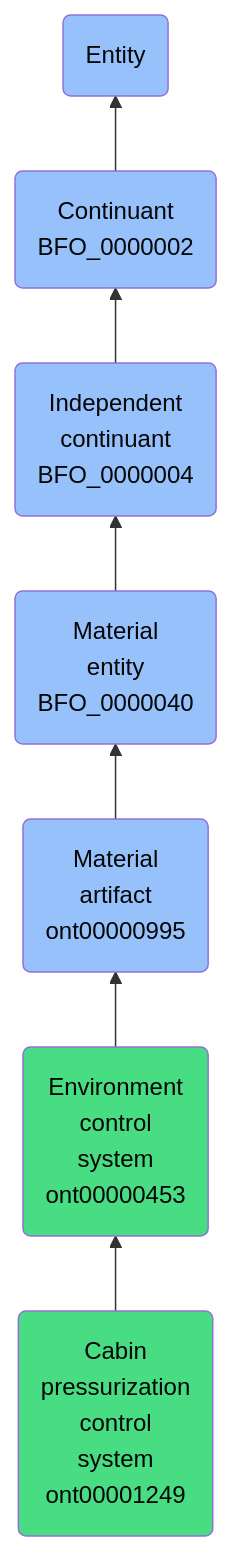
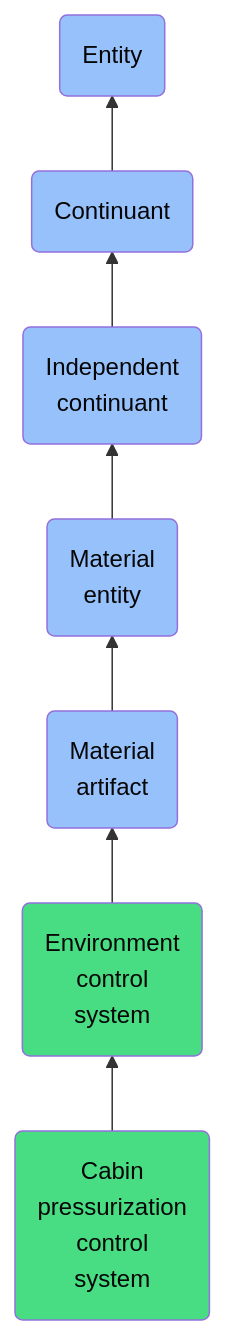
One commit to jupyter-naas/abi changed the diagram in docs/ontology/reference/model/Entity/Continuant/Independent continuant/Material entity/Material artifact/Environment control system/Cabin pressurization control system/Cabin pressurization control system.md. Above: the diagram before and after it, drawn with Mermaid. The commit also changed other lines of this file and 1430 other files, not shown here.

````diff
--- a/docs/ontology/reference/model/Entity/Continuant/Independent continuant/Material entity/Material artifact/Environment control system/Cabin pressurization control system/Cabin pressurization control system.md
+++ b/docs/ontology/reference/model/Entity/Continuant/Independent continuant/Material entity/Material artifact/Environment control system/Cabin pressurization control system/Cabin pressurization control system.md
@@ -24,14 +24,14 @@
 ```mermaid
 graph BT
-    ont00001249(Cabin<br>pressurization<br>control<br>system<br>ont00001249):::ABI-->ont00000453
-    ont00000453(Environment<br>control<br>system<br>ont00000453):::ABI-->ont00000995
-    ont00000995(Material<br>artifact<br>ont00000995):::BFO-->BFO_0000040
-    BFO_0000040(Material<br>entity<br>BFO_0000040):::BFO-->BFO_0000004
-    BFO_0000004(Independent<br>continuant<br>BFO_0000004):::BFO-->BFO_0000002
-    BFO_0000002(Continuant<br>BFO_0000002):::BFO-->BFO_0000001
+    ont00001249(Cabin<br>pressurization<br>control<br>system):::ABI-->ont00000453
+    ont00000453(Environment<br>control<br>system):::ABI-->ont00000995
+    ont00000995(Material<br>artifact):::BFO-->BFO_0000040
+    BFO_0000040(Material<br>entity):::BFO-->BFO_0000004
+    BFO_0000004(Independent<br>continuant):::BFO-->BFO_0000002
+    BFO_0000002(Continuant):::BFO-->BFO_0000001
     BFO_0000001(Entity):::BFO
     
     classDef BFO fill:#97c1fb,color:#060606
     classDef CCO fill:#e4c51e,color:#060606
     classDef ABI fill:#48DD82,color:#060606
 ```
````
